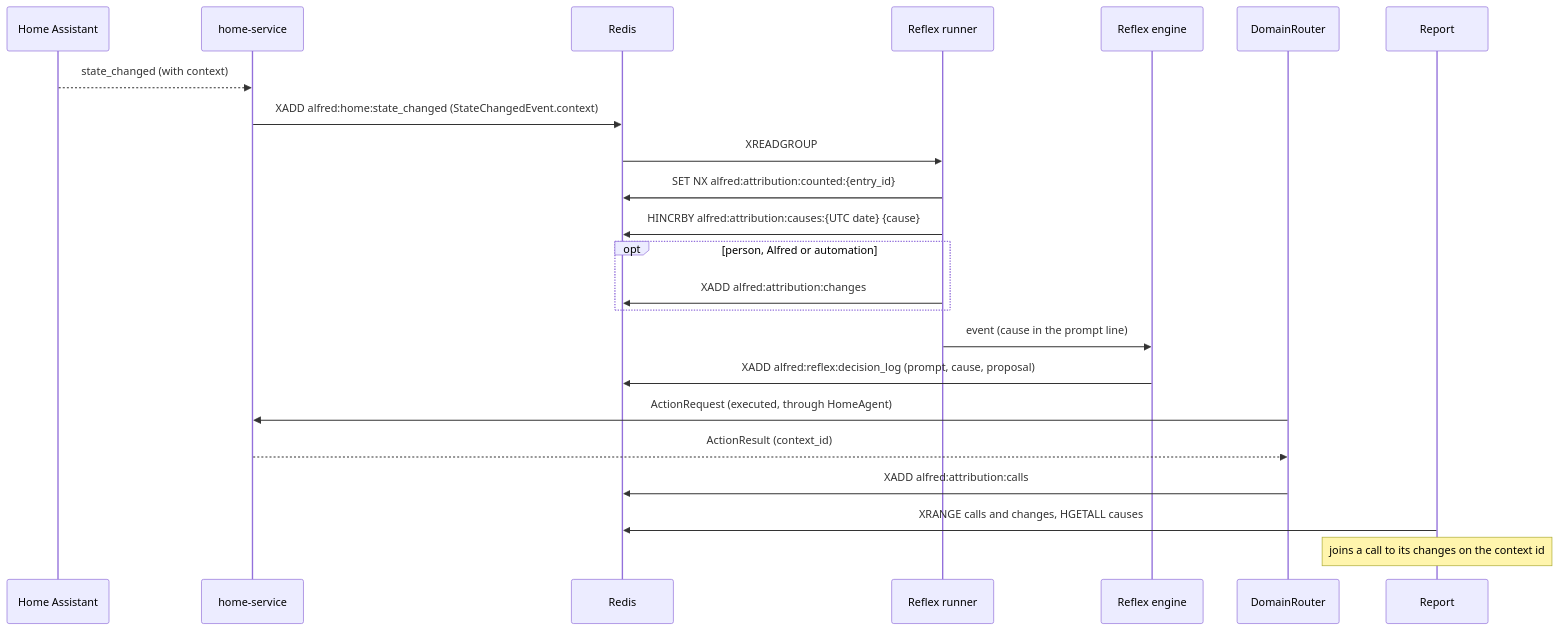
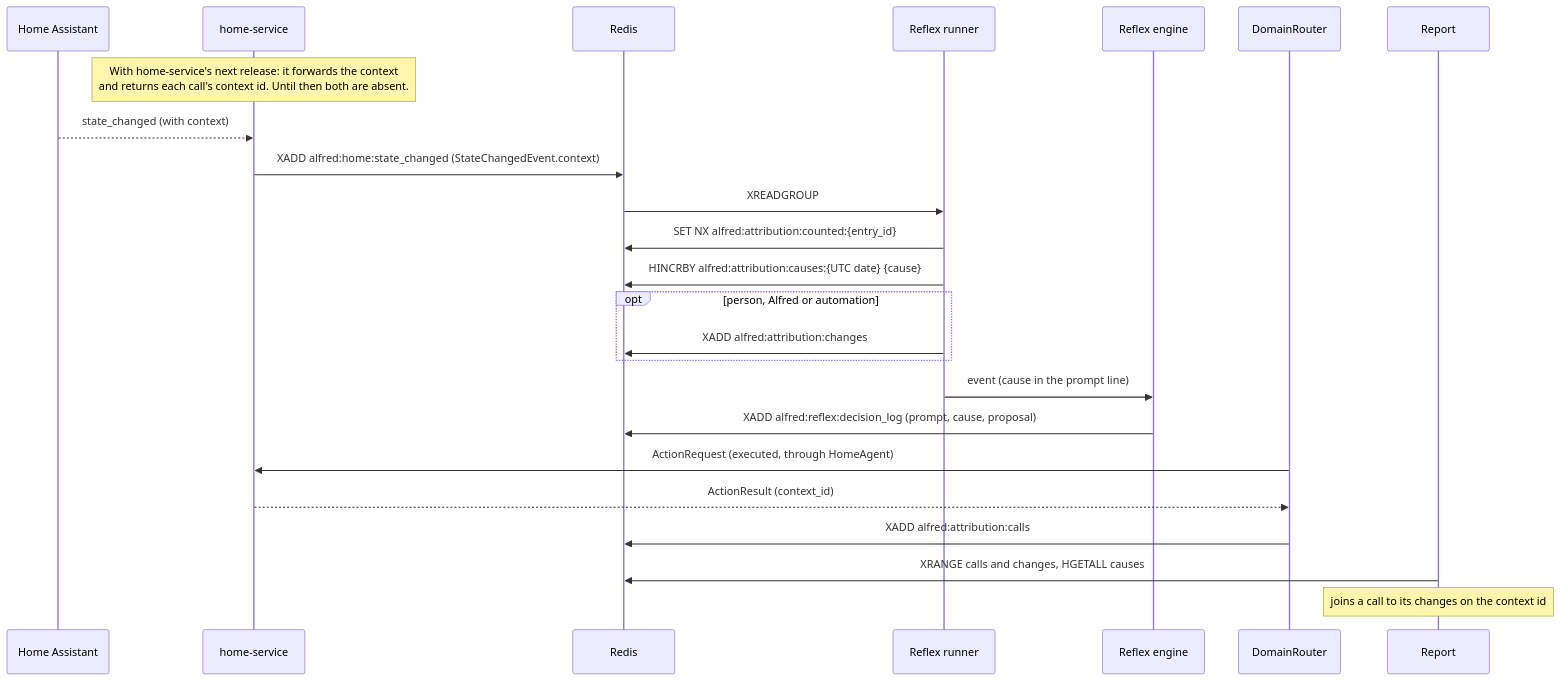
The diagram in docs/attribution.md (anirudhlath/alfred), drawn with Mermaid before and after one commit. The commit also changed other lines of this file and 3 other files, not shown here.

````diff
--- a/docs/attribution.md
+++ b/docs/attribution.md
@@ -33,26 +38,27 @@
 ```mermaid
 sequenceDiagram
     participant HA as Home Assistant
     participant HS as home-service
     participant R as Redis
     participant Rt as Reflex runner
     participant E as Reflex engine
     participant D as DomainRouter
     participant Rep as Report
 
+    Note over HS: With home-service's next release: it forwards the context<br/>and returns each call's context id. Until then both are absent.
     HA-->>HS: state_changed (with context)
     HS->>R: XADD alfred:home:state_changed (StateChangedEvent.context)
     R->>Rt: XREADGROUP
     Rt->>R: SET NX alfred:attribution:counted:{entry_id}
     Rt->>R: HINCRBY alfred:attribution:causes:{UTC date} {cause}
     opt person, Alfred or automation
         Rt->>R: XADD alfred:attribution:changes
     end
     Rt->>E: event (cause in the prompt line)
     E->>R: XADD alfred:reflex:decision_log (prompt, cause, proposal)
     D->>HS: ActionRequest (executed, through HomeAgent)
     HS-->>D: ActionResult (context_id)
     D->>R: XADD alfred:attribution:calls
     Rep->>R: XRANGE calls and changes, HGETALL causes
     Note over Rep: joins a call to its changes on the context id
 ```
````
